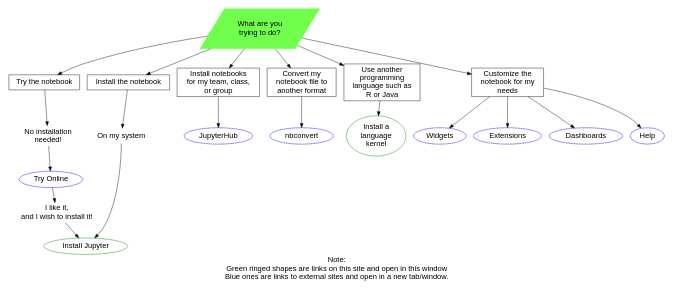
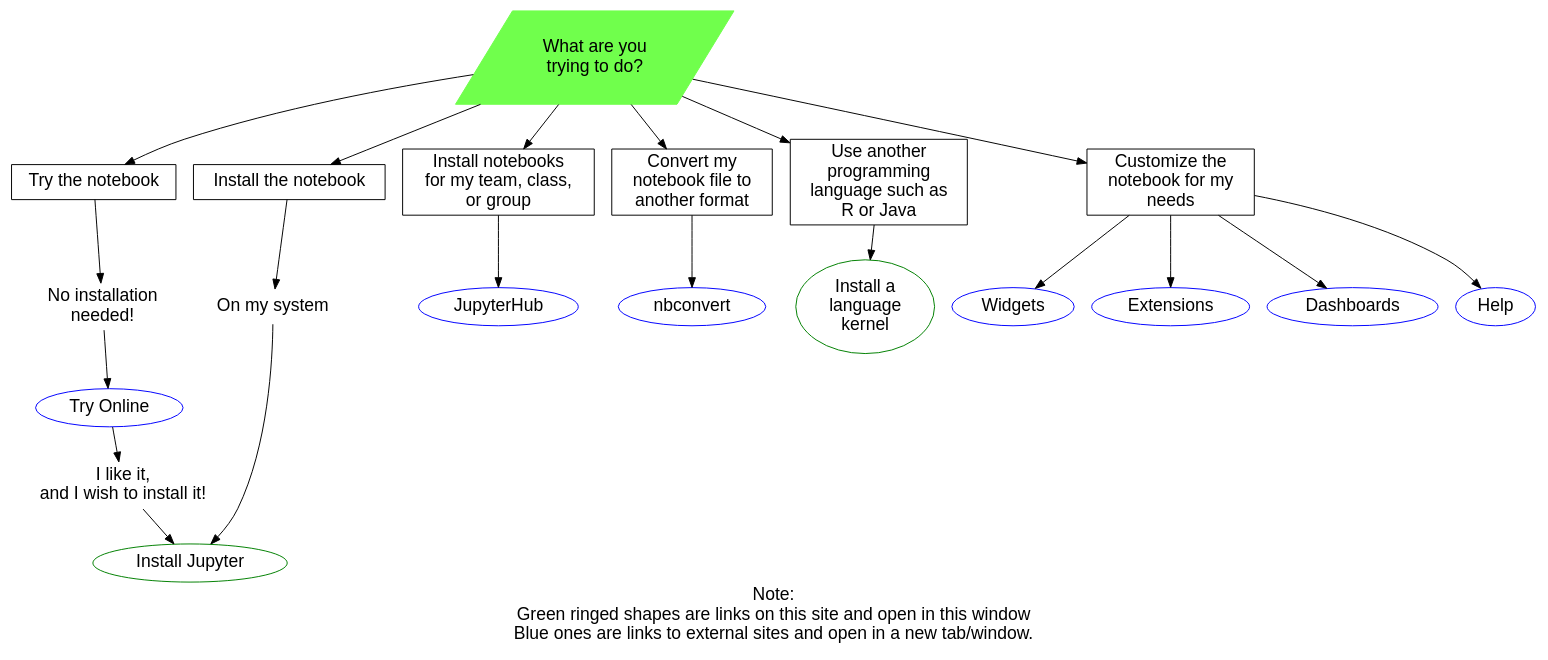
The diagram in docs/source/use/using.rst (jupyter/jupyter), drawn with Graphviz before and after one commit.

Commit message:
fix svg output

```diff
--- a/docs/source/use/using.rst
+++ b/docs/source/use/using.rst
@@ -29,7 +29,6 @@
 .. graphviz::
 
 	digraph decide_project {
-		size="10,4";
 		graph [fontname = "helvetica", fontsize="18"];
 		node [fontname = "helvetica", fontsize="18"];
 		edge [fontname = "helvetica", fontsize="18"];
```
